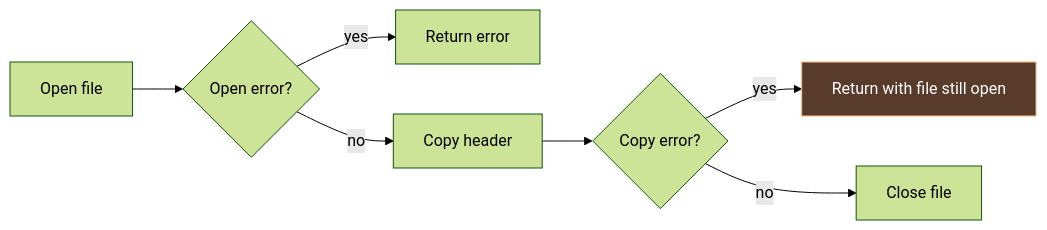
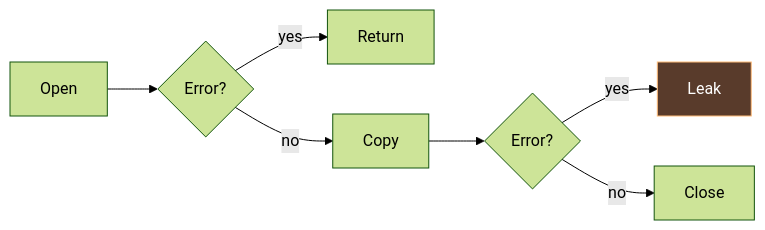
The first of 3 diagrams in talks/golangnyc/slides.md (alexandear-org/gohawk), drawn with Mermaid (forest theme) before and after one commit. The commit also changed other lines of this file, not shown here.

````diff
--- a/talks/golangnyc/slides.md
+++ b/talks/golangnyc/slides.md
@@ -86,10 +83,10 @@
 ```mermaid
 flowchart LR
-  A[Open file] --> E{Open error?}
-  E -->|yes| R[Return error]
-  E -->|no| C[Copy header]
-  C --> Q{Copy error?}
-  Q -->|yes| L[Return with file still open]
-  Q -->|no| F[Close file]
+  A[Open] --> E{Error?}
+  E -->|yes| R[Return]
+  E -->|no| C[Copy]
+  C --> Q{Error?}
+  Q -->|yes| L[Leak]
+  Q -->|no| F[Close]
   style L fill:#593b2b,stroke:#ffbc79,color:#fff
 ```
````
